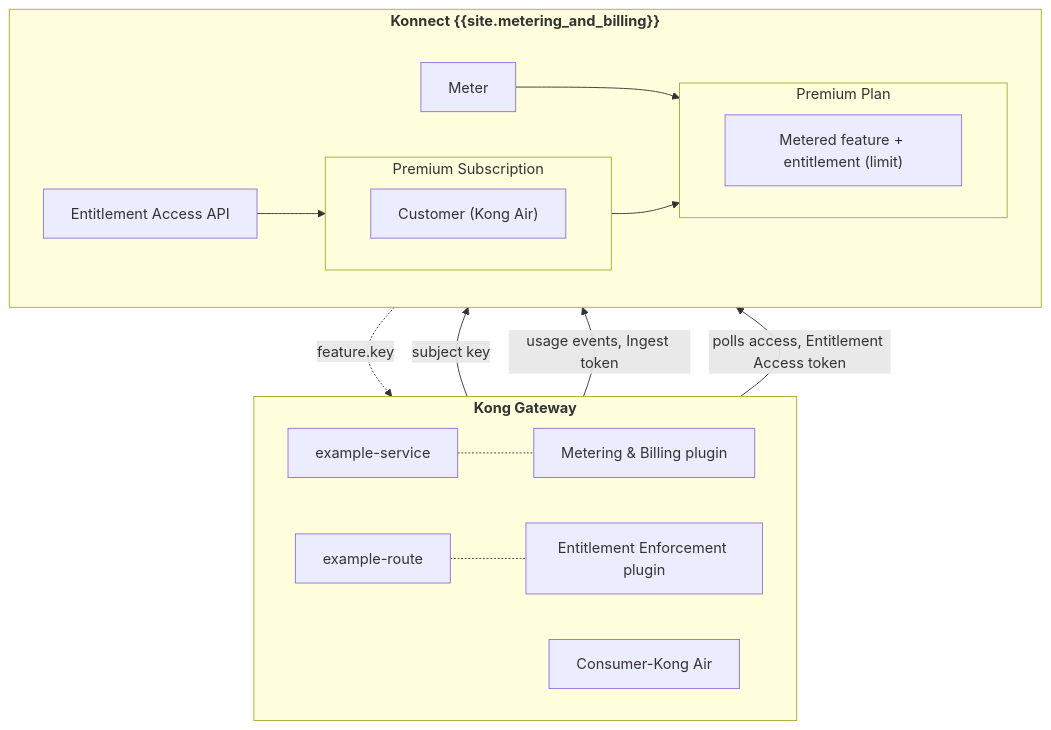
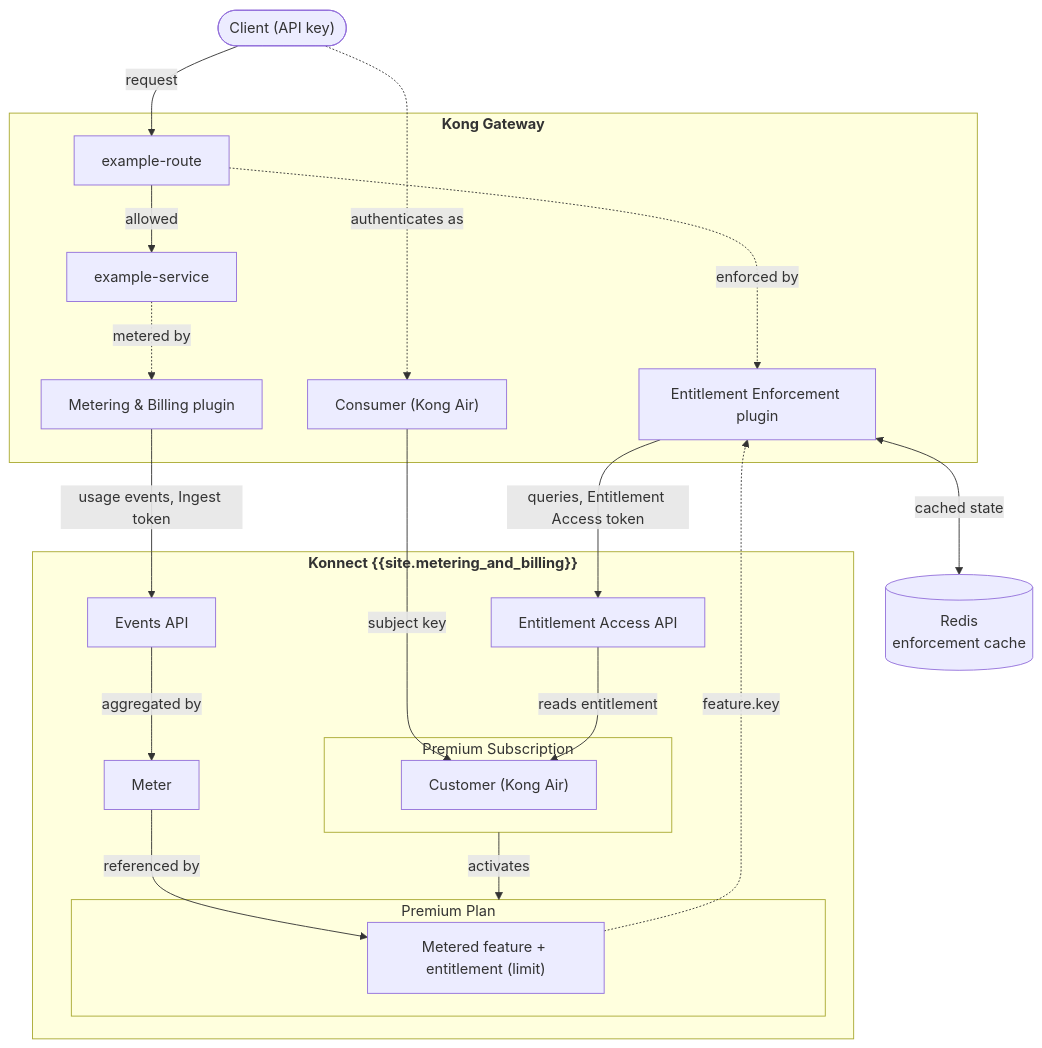
The diagram in app/_how-tos/gateway/get-started-with-entitlement-enforcement.md (Kong/developer.konghq.com), drawn with Mermaid before and after one commit. The commit also changed 1 other file, not shown here.

Commit message:
docs(metering-and-billing): make the enforcement diagrams show the real flow
The diagrams showed which entities were associated, but skipped hops the
guides actually configure and left out one required component:

* The Metering & Billing plugin posts usage to the Events API, which the meter
  then aggregates. The arrow went straight from the plugin to the meter, so the
  ingest endpoint the guide configures was invisible.
* Redis was absent, even though it's a prerequisite and a plugin config field.
  It now appears as the enforcement cache the plugin reads and writes.
* Neither diagram showed a request arriving, being allowed, and reaching the
  Service, so the enforcement point wasn't visible.
* The edge between the API and the customer was unlabeled and pointed as if the
  API produced the customer, rather than reading their entitlement.

Both diagrams now include a client, the Events API, the Entitlement Access API,
and Redis, with every edge labeled: which token each call uses, which entity
each plugin attaches to, and the subject key and feature key relationships. The
LLM diagram also shows AI Proxy sending the prompt to OpenAI.

```diff
--- a/app/_how-tos/gateway/get-started-with-entitlement-enforcement.md
+++ b/app/_how-tos/gateway/get-started-with-entitlement-enforcement.md
@@ -140,34 +140,38 @@
 {% mermaid %}
 flowchart TB
+  client(["Client (API key)"])
   subgraph gateway["<b>Kong Gateway</b>"]
-    direction LR
+        route["example-route"]
         service["example-service"]
-        route["example-route"]
-        consumer1["Consumer-Kong Air"]
+        consumer1["Consumer (Kong Air)"]
+        enforcement["Entitlement Enforcement plugin"]
         metering["Metering & Billing plugin"]
-        enforcement["Entitlement Enforcement plugin"]
   end
+  redis[("Redis<br>enforcement cache")]
   subgraph mb["<b>Konnect {{site.metering_and_billing}}</b>"]
-    direction LR
+        events["Events API"]
+        access["Entitlement Access API"]
         meter["Meter"]
     subgraph plan["Premium Plan"]
-      direction LR
           feature2["Metered feature + entitlement (limit)"]
     end
     subgraph subscription["Premium Subscription"]
-      direction LR
           customer1["Customer (Kong Air)"]
     end
-    access["Entitlement Access API"]
   end
-    service -.- metering
-    route -.- enforcement
-    meter --> feature2
+    client -->|request| route
+    route -.->|enforced by| enforcement
+    route -->|allowed| service
+    service -.->|metered by| metering
+    client -.->|authenticates as| consumer1
     consumer1 -->|subject key| customer1
-    subscription --> plan
-    metering -->|usage events, Ingest token| meter
-    enforcement -->|polls access, Entitlement Access token| access
-    access --> customer1
+    metering -->|usage events, Ingest token| events
+    events -->|aggregated by| meter
+    meter -->|referenced by| feature2
+    subscription -->|activates| plan
+    enforcement -->|queries, Entitlement Access token| access
+    access -->|reads entitlement| customer1
+    enforcement <-->|cached state| redis
     feature2 -.->|feature.key| enforcement
 
 {% endmermaid %}
```
